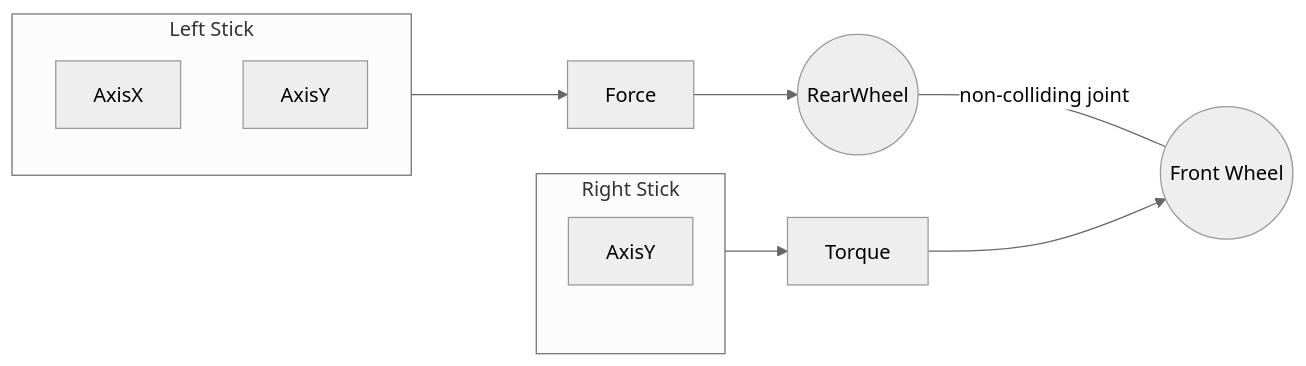
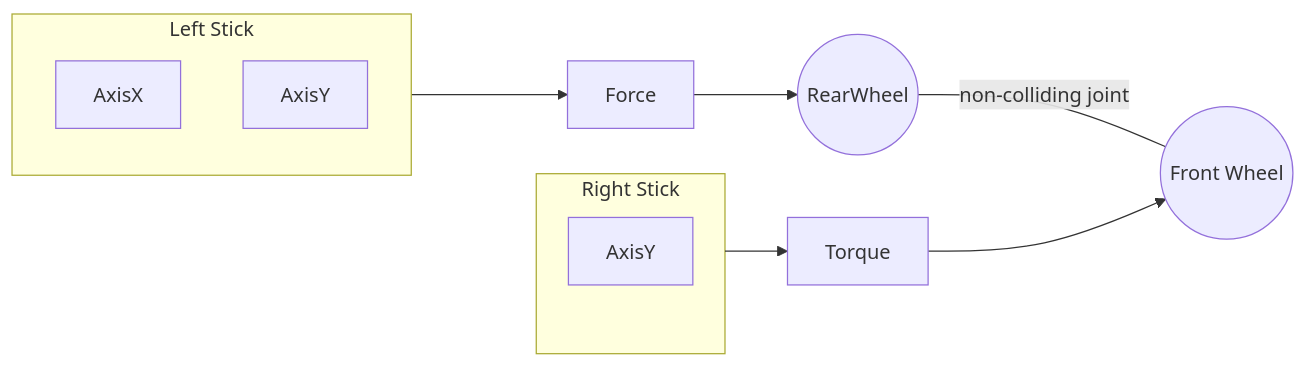
The first of 2 diagrams in README.md (entitycs/WaMBaM), drawn with Mermaid before and after one commit. The commit also changed other lines of this file and 6 other files, not shown here.

````diff
--- a/README.md
+++ b/README.md
@@ -17,25 +17,25 @@
 ```mermaid
 ---
 config:
-    theme: 'neutral'
+    theme: Neutral
 ---
 flowchart LR
 
     R((RearWheel))
     F((Front Wheel))
     R ---|non-colliding joint| F
 
     subgraph LS["Left Stick"]
         AxisX
         AxisY
     end
 
     subgraph RS["Right Stick"]
         AxisY2[AxisY]
     end
 
     LS ---> Force
     Force --> R
 
     AxisY2[AxisY] --- RS --> Torque --> F
 ```
````
